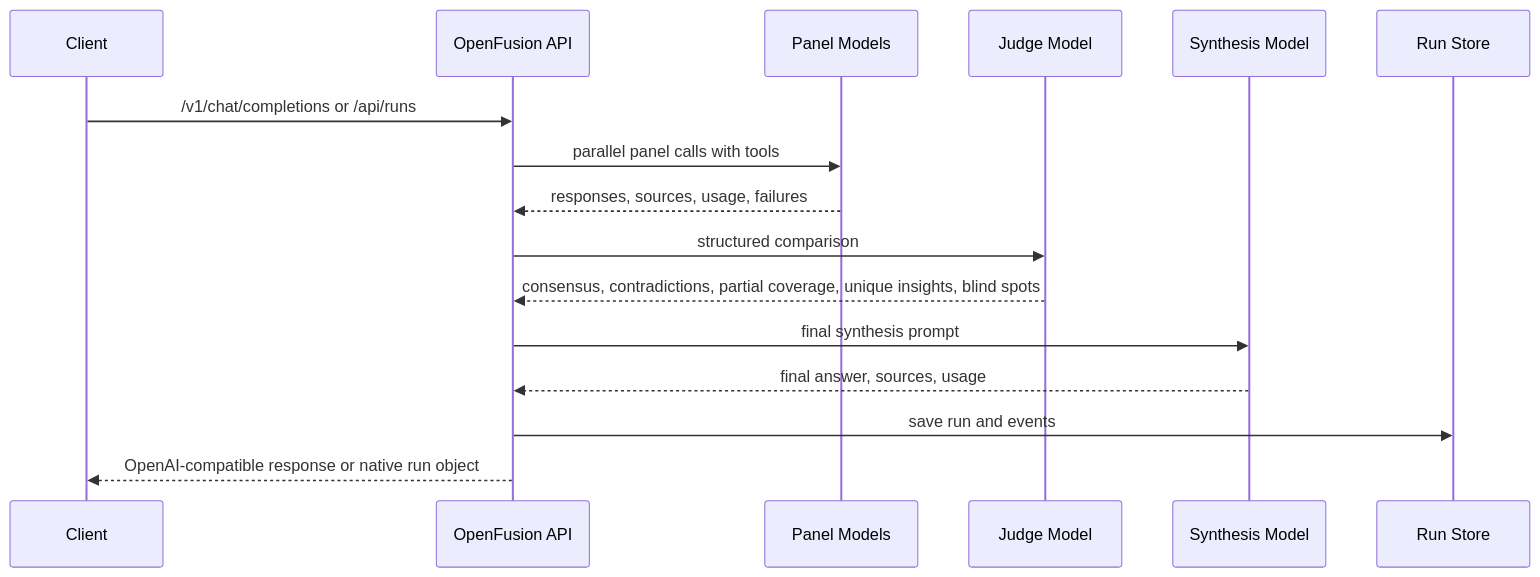
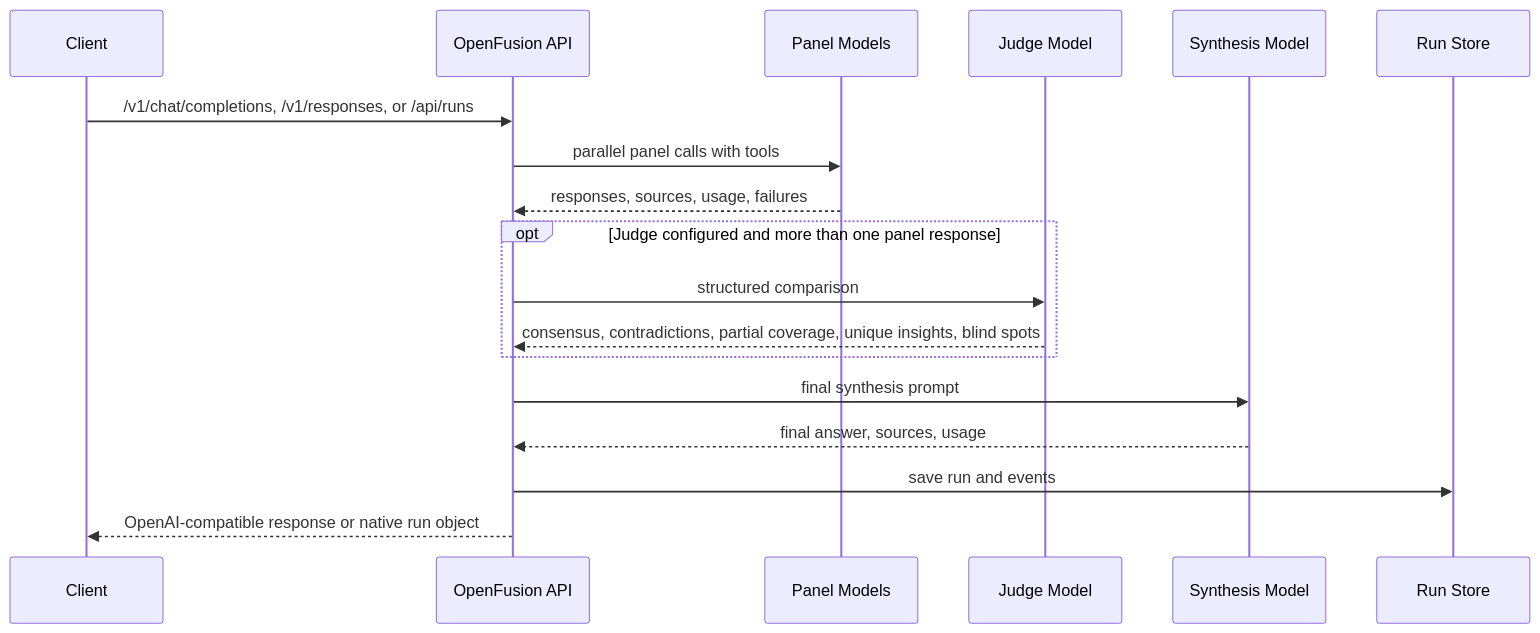
One commit to divyaran7an/openfusion changed the diagram in docs/ARCHITECTURE.md. Above: the diagram before and after it, drawn with Mermaid. The commit also changed other lines of this file and 65 other files, not shown here.

````diff
--- a/docs/ARCHITECTURE.md
+++ b/docs/ARCHITECTURE.md
@@ -7,19 +7,21 @@
 ```mermaid
 sequenceDiagram
   participant Client
   participant API as OpenFusion API
   participant Panel as Panel Models
   participant Judge as Judge Model
   participant Synth as Synthesis Model
   participant Store as Run Store
 
-  Client->>API: /v1/chat/completions or /api/runs
+  Client->>API: /v1/chat/completions, /v1/responses, or /api/runs
   API->>Panel: parallel panel calls with tools
   Panel-->>API: responses, sources, usage, failures
-  API->>Judge: structured comparison
-  Judge-->>API: consensus, contradictions, partial coverage, unique insights, blind spots
+  opt Judge configured and more than one panel response
+    API->>Judge: structured comparison
+    Judge-->>API: consensus, contradictions, partial coverage, unique insights, blind spots
+  end
   API->>Synth: final synthesis prompt
   Synth-->>API: final answer, sources, usage
   API->>Store: save run and events
   API-->>Client: OpenAI-compatible response or native run object
 ```
````
